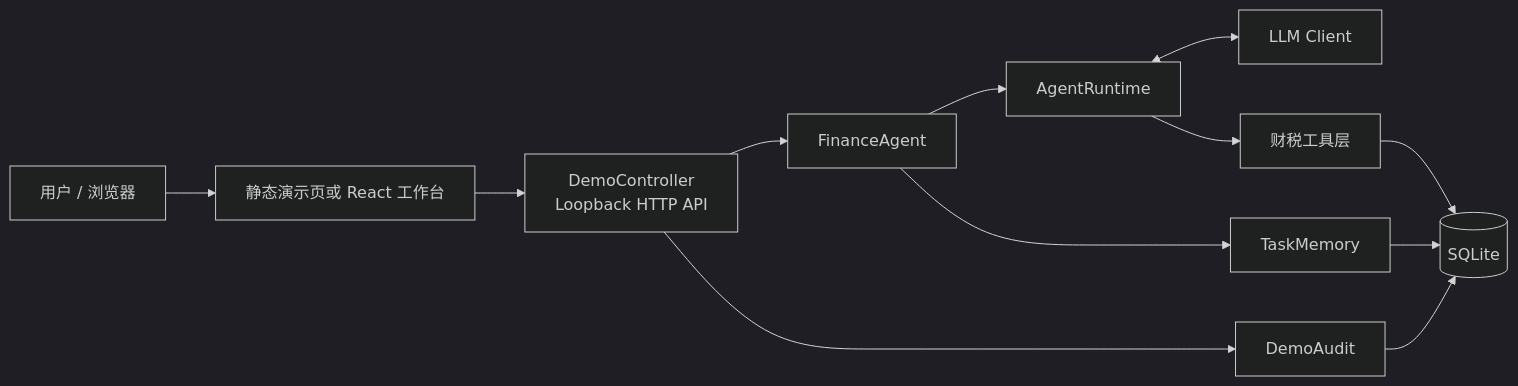
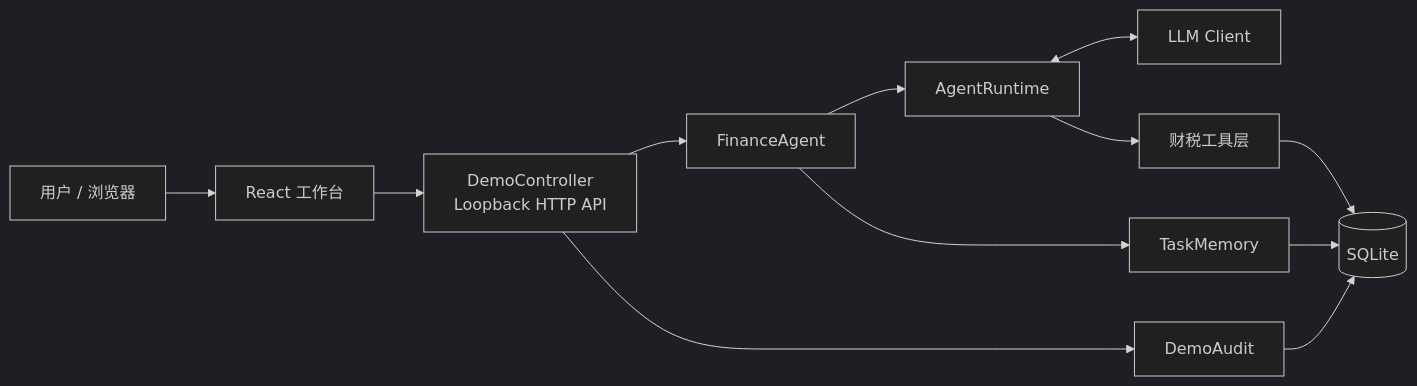
The diagram in README.md (SuperGh2233/tax-agent-harness), drawn with Mermaid (dark theme) before and after one commit. The commit also changed other lines of this file and 92 other files, not shown here.

````diff
--- a/README.md
+++ b/README.md
@@ -46,14 +46,14 @@
 ```mermaid
 flowchart LR
-    U[用户 / 浏览器] --> UI[静态演示页或 React 工作台]
+    U[用户 / 浏览器] --> UI[React 工作台]
     UI --> API[DemoController<br/>Loopback HTTP API]
     API --> FA[FinanceAgent]
     FA --> AR[AgentRuntime]
     AR <--> LLM[LLM Client]
     AR --> TOOLS[财税工具层]
     FA --> MEM[TaskMemory]
     API --> AUDIT[DemoAudit]
     TOOLS --> DB[(SQLite)]
     MEM --> DB
     AUDIT --> DB
 ```
````
